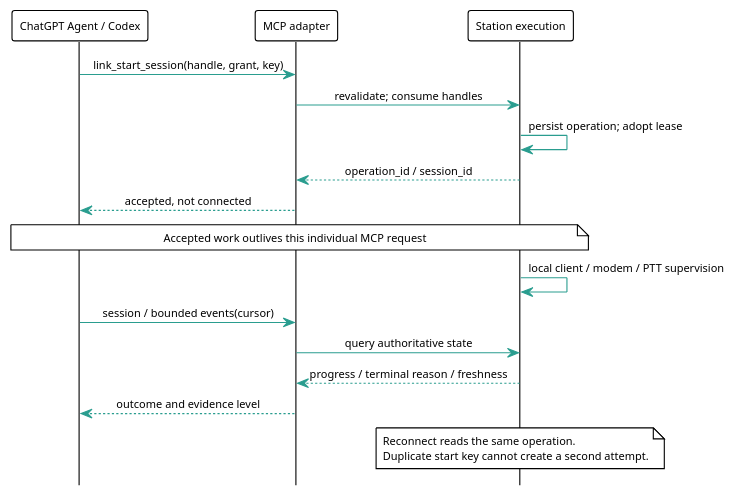
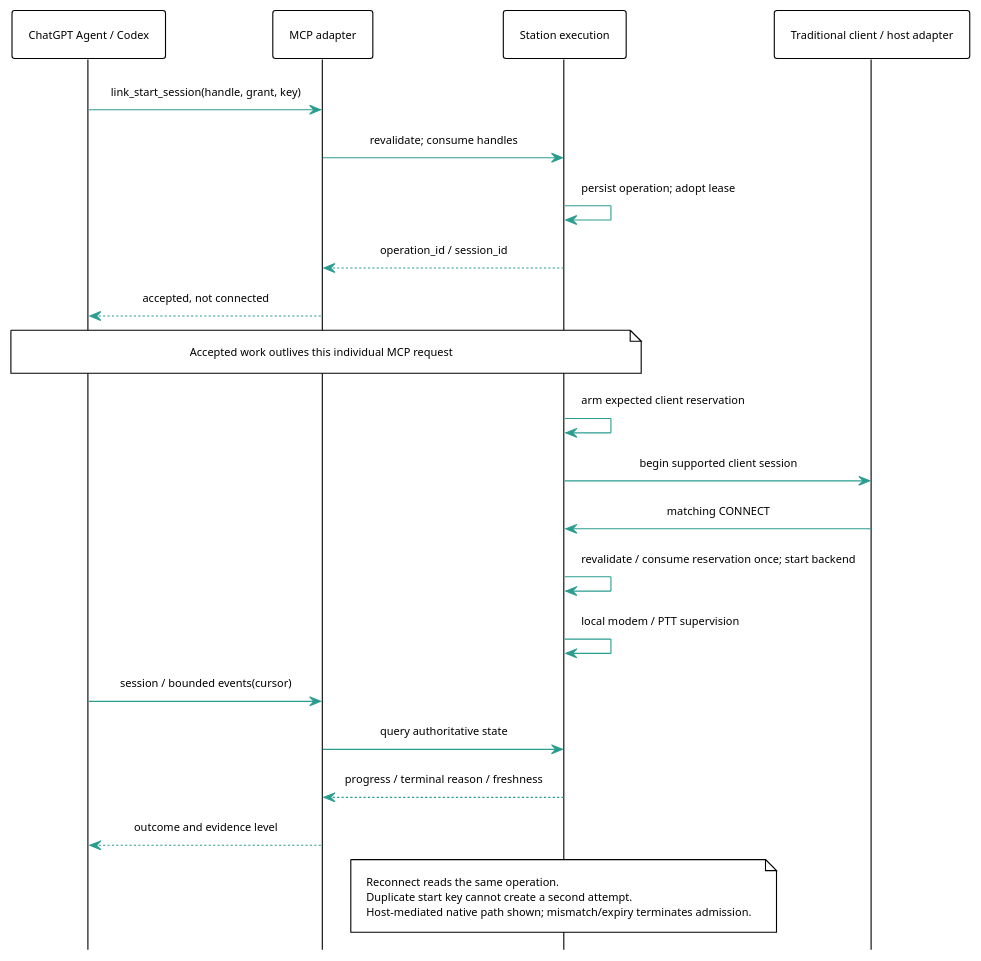
Before and after one commit to 8r4n/linkwise: the diagram in docs/whitepaper/diagrams/agent-session-start.puml, drawn with PlantUML. The commit also changed 39 other files, not shown here.

```diff
--- a/docs/whitepaper/diagrams/agent-session-start.puml
+++ b/docs/whitepaper/diagrams/agent-session-start.puml
@@ -1,28 +1,35 @@
 @startuml Linkwise_Agent_Session_Start
 !theme plain
 skinparam backgroundColor #FFFFFF
 skinparam shadowing false
+skinparam Padding 8
 skinparam defaultFontName "Latin Modern Roman"
 skinparam defaultFontSize 10
 skinparam sequenceMessageAlign center
 skinparam ArrowColor #2A9D8F
 hide footbox
 participant "ChatGPT Agent / Codex" as AI
 participant "MCP adapter" as MCP
 participant "Station execution" as APP
+participant "Traditional client / host adapter" as CLIENT
 AI -> MCP: link_start_session(handle, grant, key)
 MCP -> APP: revalidate; consume handles
 APP -> APP: persist operation; adopt lease
 APP --> MCP: operation_id / session_id
 MCP --> AI: accepted, not connected
 note over AI,APP: Accepted work outlives this individual MCP request
-APP -> APP: local client / modem / PTT supervision
+APP -> APP: arm expected client reservation
+APP -> CLIENT: begin supported client session
+CLIENT -> APP: matching CONNECT
+APP -> APP: revalidate / consume reservation once; start backend
+APP -> APP: local modem / PTT supervision
 AI -> MCP: session / bounded events(cursor)
 MCP -> APP: query authoritative state
 APP --> MCP: progress / terminal reason / freshness
 MCP --> AI: outcome and evidence level
 note over APP
  Reconnect reads the same operation.
  Duplicate start key cannot create a second attempt.
+ Host-mediated native path shown; mismatch/expiry terminates admission.
 end note
 @enduml
```
